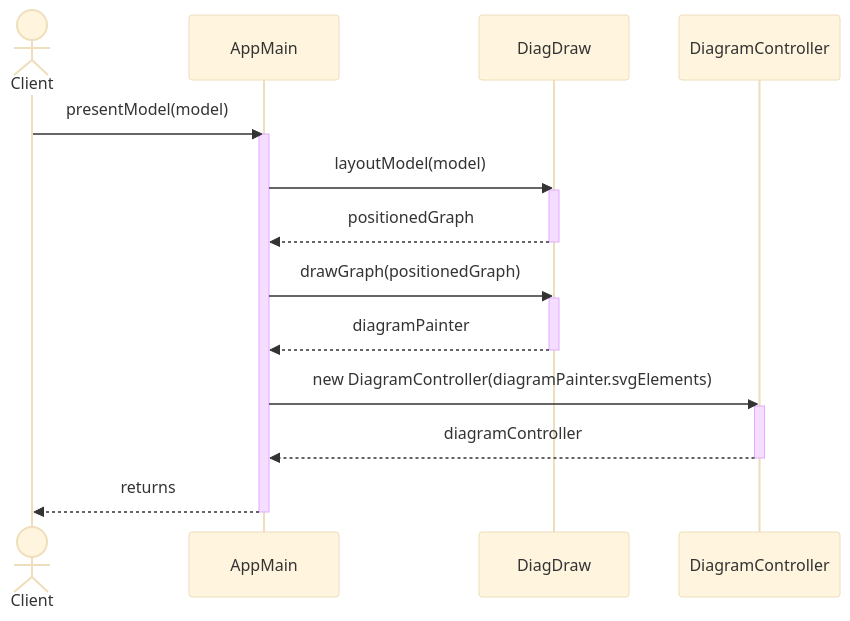
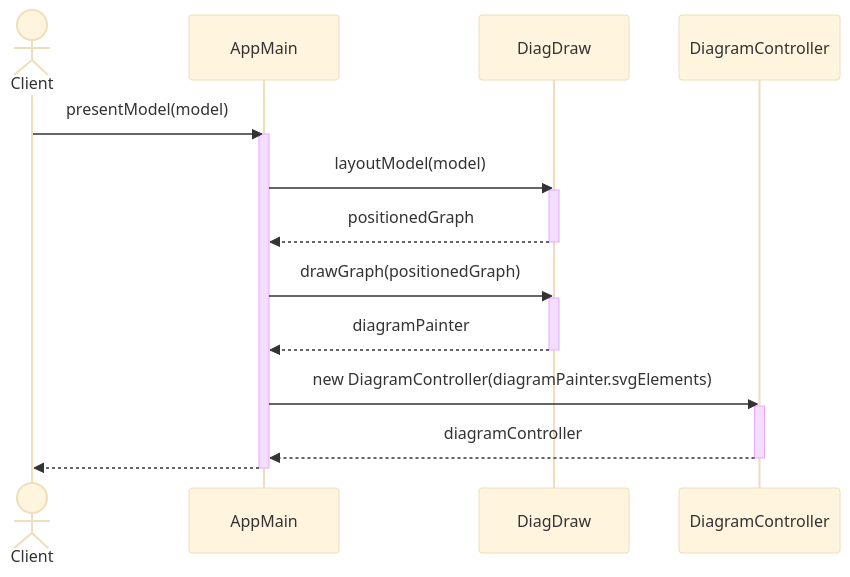
The second of 3 diagrams in docs/2_Architecture.md (slior/Scenaria), drawn with Mermaid (base theme) before and after one commit. The commit also changed other lines of this file and 1 other file, not shown here.

````diff
--- a/docs/2_Architecture.md
+++ b/docs/2_Architecture.md
@@ -46,24 +46,24 @@
 ```mermaid
 sequenceDiagram
     actor Client
     participant AppMain
     participant DiagDraw
     participant DiagramController
 
     Client->>AppMain: presentModel(model)
     activate AppMain
     AppMain->>DiagDraw: layoutModel(model)
     activate DiagDraw
     DiagDraw-->>AppMain: positionedGraph
     deactivate DiagDraw
     AppMain->>DiagDraw: drawGraph(positionedGraph)
     activate DiagDraw
     DiagDraw-->>AppMain: diagramPainter
     deactivate DiagDraw
     AppMain->>DiagramController: new DiagramController(diagramPainter.svgElements)
     activate DiagramController
     DiagramController-->>AppMain: diagramController
     deactivate DiagramController
-    AppMain-->>Client: returns
+    AppMain-->>Client:  
     deactivate AppMain
 ```
````
